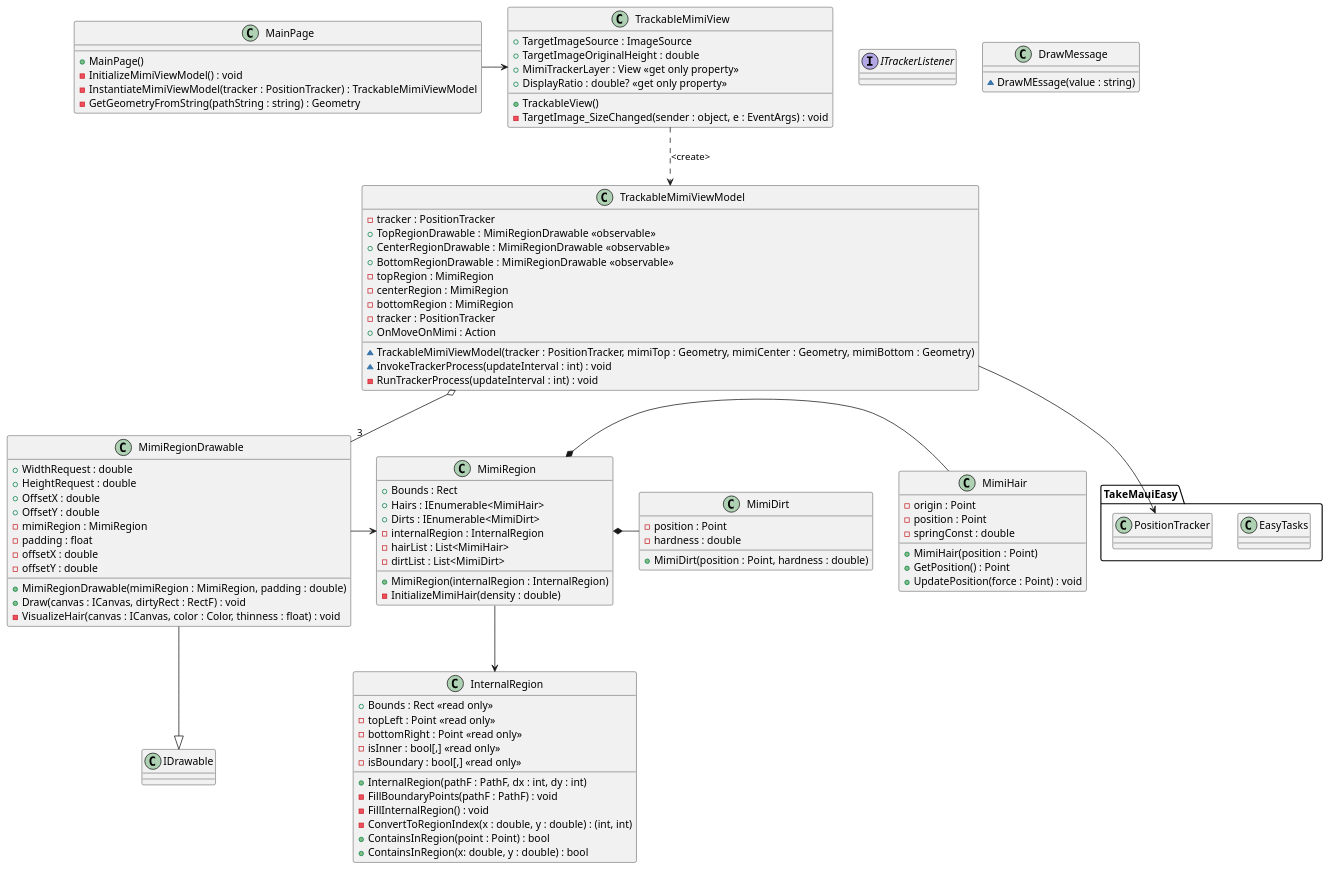
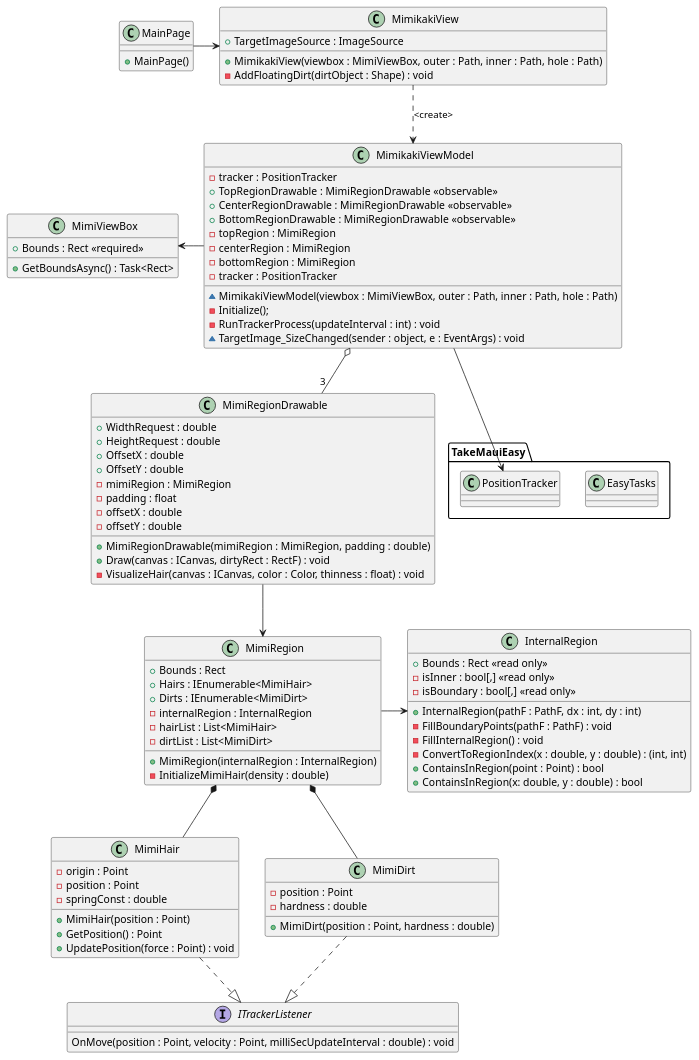
One commit to tatsuya19871219/MauiMimikakiApp changed the first of 2 diagrams in uml/MimikakiApp.puml. Above: the diagram before and after it, drawn with PlantUML. The commit also changed other lines of this file and 2 other files, not shown here.

Commit message:
Update UML

```diff
--- a/uml/MimikakiApp.puml
+++ b/uml/MimikakiApp.puml
@@ -1,154 +1,162 @@
 @startuml MimikakiClassDiagram
 ' Models
 ' class MimiModel
 ' {
 '     - height : int
 '     - width : int
 '     - topRegion : MimiRegion
 '     - centerRegion : MimiRegion
 '     - bottomRegion : MimiRegion
 ' }
+
+class MimiViewBox
+{
+    + Bounds : Rect <<required>>
+    + GetBoundsAsync() : Task<Rect>
+}
 
 class MimiRegion
 {
     + Bounds : Rect
     + Hairs : IEnumerable<MimiHair>
     + Dirts : IEnumerable<MimiDirt>
     - internalRegion : InternalRegion
     - hairList : List<MimiHair>
     - dirtList : List<MimiDirt>
     + MimiRegion(internalRegion : InternalRegion)
     - InitializeMimiHair(density : double)
     '+ OnTouch : Action
     '+ OnDirtRemoving : Action
     '+ OnDirtRemoved : Action
 }
 
 interface ITrackerListener
 {
-    
+    OnMove(position : Point, velocity : Point, milliSecUpdateInterval : double) : void
 }
 
 class MimiHair
 {
     - origin : Point
     - position : Point
     - springConst : double
     + MimiHair(position : Point)
     + GetPosition() : Point
     + UpdatePosition(force : Point) : void
 }
 
 class MimiDirt
 {
     - position : Point
     - hardness : double
     + MimiDirt(position : Point, hardness : double)
 }
 
 class InternalRegion
 {
     + Bounds : Rect <<read only>>
-    - topLeft : Point <<read only>>
-    - bottomRight : Point <<read only>>
+    '- topLeft : Point <<read only>>
+    '- bottomRight : Point <<read only>>
     - isInner : bool[,] <<read only>>
     - isBoundary : bool[,] <<read only>>
     + InternalRegion(pathF : PathF, dx : int, dy : int)
     - FillBoundaryPoints(pathF : PathF) : void
     - FillInternalRegion() : void
     - ConvertToRegionIndex(x : double, y : double) : (int, int)
     + ContainsInRegion(point : Point) : bool
     + ContainsInRegion(x: double, y : double) : bool
 }
 
 ' Views
-class TrackableMimiView
+class MimikakiView
 {
     + TargetImageSource : ImageSource
-    + TargetImageOriginalHeight : double
-    + MimiTrackerLayer : View <<get only property>>
-    + DisplayRatio : double? <<get only property>>
-    + TrackableView()
-    - TargetImage_SizeChanged(sender : object, e : EventArgs) : void
+    '+ TargetImageOriginalHeight : double
+    '+ MimiTrackerLayer : View <<get only property>>
+    '+ DisplayRatio : double? <<get only property>>
+    '- MimikakiViewModel _vm;
+    '+ TrackableView()
+    + MimikakiView(viewbox : MimiViewBox, outer : Path, inner : Path, hole : Path)
+    '- TargetImage_SizeChanged(sender : object, e : EventArgs) : void
+    '- Initialize() : void
+    - AddFloatingDirt(dirtObject : Shape) : void
 }
 
 
 ' ViewModels
-class TrackableMimiViewModel
+class MimikakiViewModel
 {
     - tracker : PositionTracker
-    '- trackableMimiView : TrackableMimiView
-    '- mimi : MimiModel
     + TopRegionDrawable : MimiRegionDrawable <<observable>>
     + CenterRegionDrawable : MimiRegionDrawable <<observable>>
     + BottomRegionDrawable : MimiRegionDrawable <<observable>>
     - topRegion : MimiRegion
     - centerRegion : MimiRegion
     - bottomRegion : MimiRegion
     - tracker : PositionTracker
-    + OnMoveOnMimi : Action
+    '+ OnMoveOnMimi : Action
     '+ BindTrackableMimi(trackableMimiView : TrackableMimiView) : void
     '- RunTrackerProcess()
-    ~ TrackableMimiViewModel(tracker : PositionTracker, mimiTop : Geometry, mimiCenter : Geometry, mimiBottom : Geometry)
-    ~ InvokeTrackerProcess(updateInterval : int) : void
+    ~ MimikakiViewModel(viewbox : MimiViewBox, outer : Path, inner : Path, hole : Path)
+    '~ MimikakiViewModel(tracker : PositionTracker, mimiTop : Geometry, mimiCenter : Geometry, mimiBottom : Geometry)
+    - Initialize();
+    '~ InvokeTrackerProcess(updateInterval : int) : void
     - RunTrackerProcess(updateInterval : int) : void
+    ~ TargetImage_SizeChanged(sender : object, e : EventArgs) : void
 }
 
 
 ' Drawable
 class MimiRegionDrawable
 {
     + WidthRequest : double
     + HeightRequest : double
     + OffsetX : double
     + OffsetY : double
     - mimiRegion : MimiRegion
     '- internal : InternalRegion
     - padding : float
     - offsetX : double
     - offsetY : double
     + MimiRegionDrawable(mimiRegion : MimiRegion, padding : double)
     + Draw(canvas : ICanvas, dirtyRect : RectF) : void
     - VisualizeHair(canvas : ICanvas, color : Color, thinness : float) : void
 }
 
-' Message
-class DrawMessage
-{
-    ~ DrawMEssage(value : string)
-}
 
 ' Page
 class MainPage
 {
     + MainPage()
-    - InitializeMimiViewModel() : void
-    - InstantiateMimiViewModel(tracker : PositionTracker) : TrackableMimiViewModel
-    - GetGeometryFromString(pathString : string) : Geometry
+    '- InitializeMimiViewModel() : void
+    '- InstantiateMimiViewModel(tracker : PositionTracker) : TrackableMimiViewModel
+    '- GetGeometryFromString(pathString : string) : Geometry
 }
 
 ' Library
 package TakeMauiEasy
 {
     class EasyTasks
     class PositionTracker
 }
 
 ' 
-MimiRegion --> InternalRegion
-MimiRegion *- MimiHair
-MimiRegion *- MimiDirt
+MimiRegion -> InternalRegion
+MimiRegion *-- MimiHair
+MimiRegion *-- MimiDirt
 
-TrackableMimiViewModel --> PositionTracker
-TrackableMimiViewModel o-- "3" MimiRegionDrawable
+MimiHair ..|> ITrackerListener
+MimiDirt ..|> ITrackerListener
 
-TrackableMimiView ..> TrackableMimiViewModel : <create>
+MimikakiViewModel -left-> MimiViewBox
+MimikakiViewModel --> PositionTracker
+MimikakiViewModel o-- "3" MimiRegionDrawable
 
-' MainPage --> TrackableMimiViewModel
-'MainPage .> PositionTracker
-MainPage -> TrackableMimiView
+MimikakiView ..> MimikakiViewModel : <create>
 
-MimiRegionDrawable --|> IDrawable
-MimiRegionDrawable -> MimiRegion
+MainPage -> MimikakiView
+
+'MimiRegionDrawable --|> IDrawable
+MimiRegionDrawable --> MimiRegion
 
 @enduml
```
